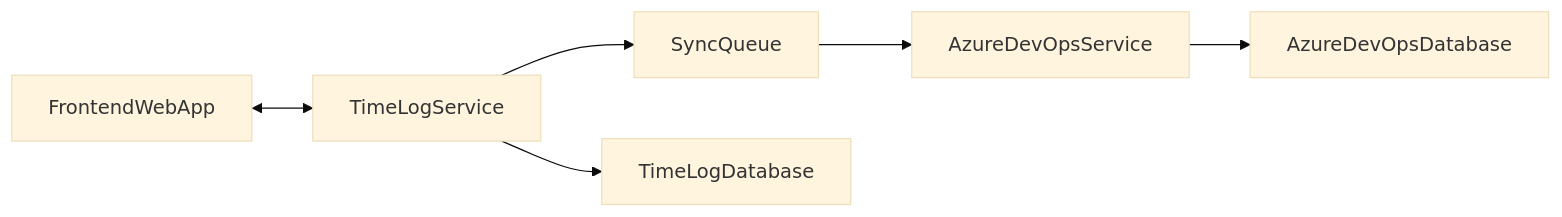
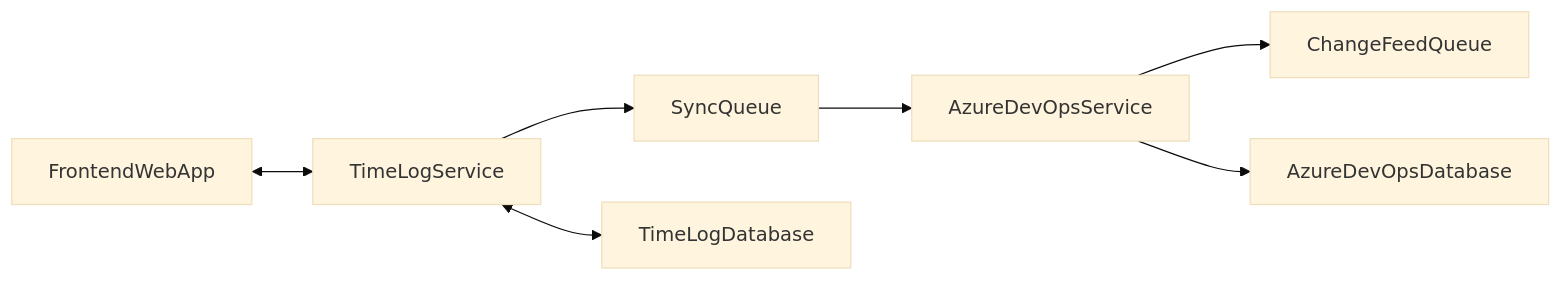
One commit to TunNetCom/TunNetCom-AionTime changed the diagram in README.md. Above: the diagram before and after it, drawn with Mermaid (base theme).

````diff
--- a/README.md
+++ b/README.md
@@ -13,9 +13,9 @@
 ```mermaid
 flowchart LR;
     FrontendWebApp <--> TimeLogService;
-    TimeLogService --> SyncQueue
-    SyncQueue --> AzureDevOpsService
+    TimeLogService --> SyncQueue;
+    SyncQueue --> AzureDevOpsService;
+    AzureDevOpsService --> ChangeFeedQueue;
     AzureDevOpsService --> AzureDevOpsDatabase;
-    TimeLogService --> TimeLogDatabase;
-
+    TimeLogService <--> TimeLogDatabase;
 ```
````
